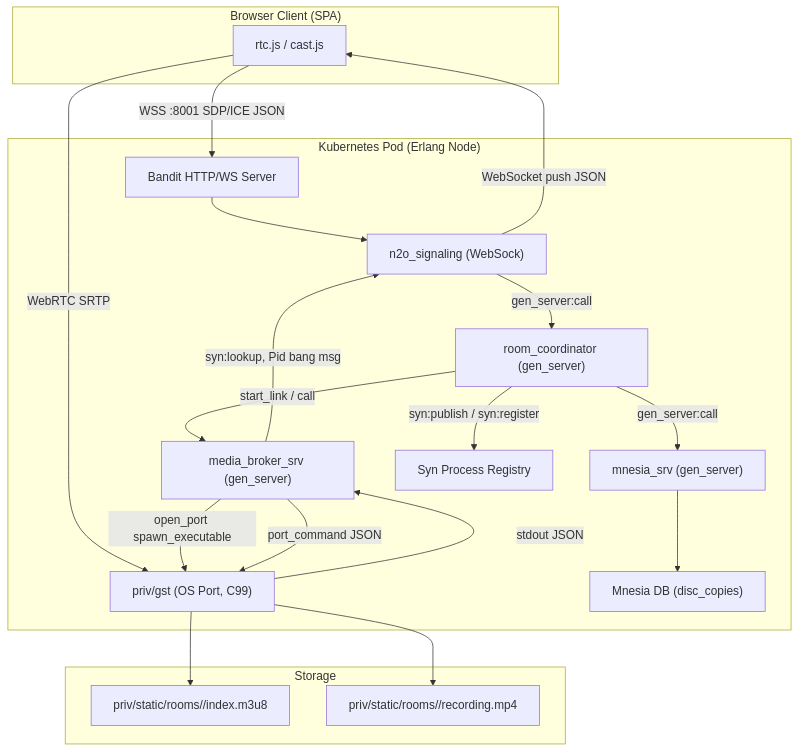
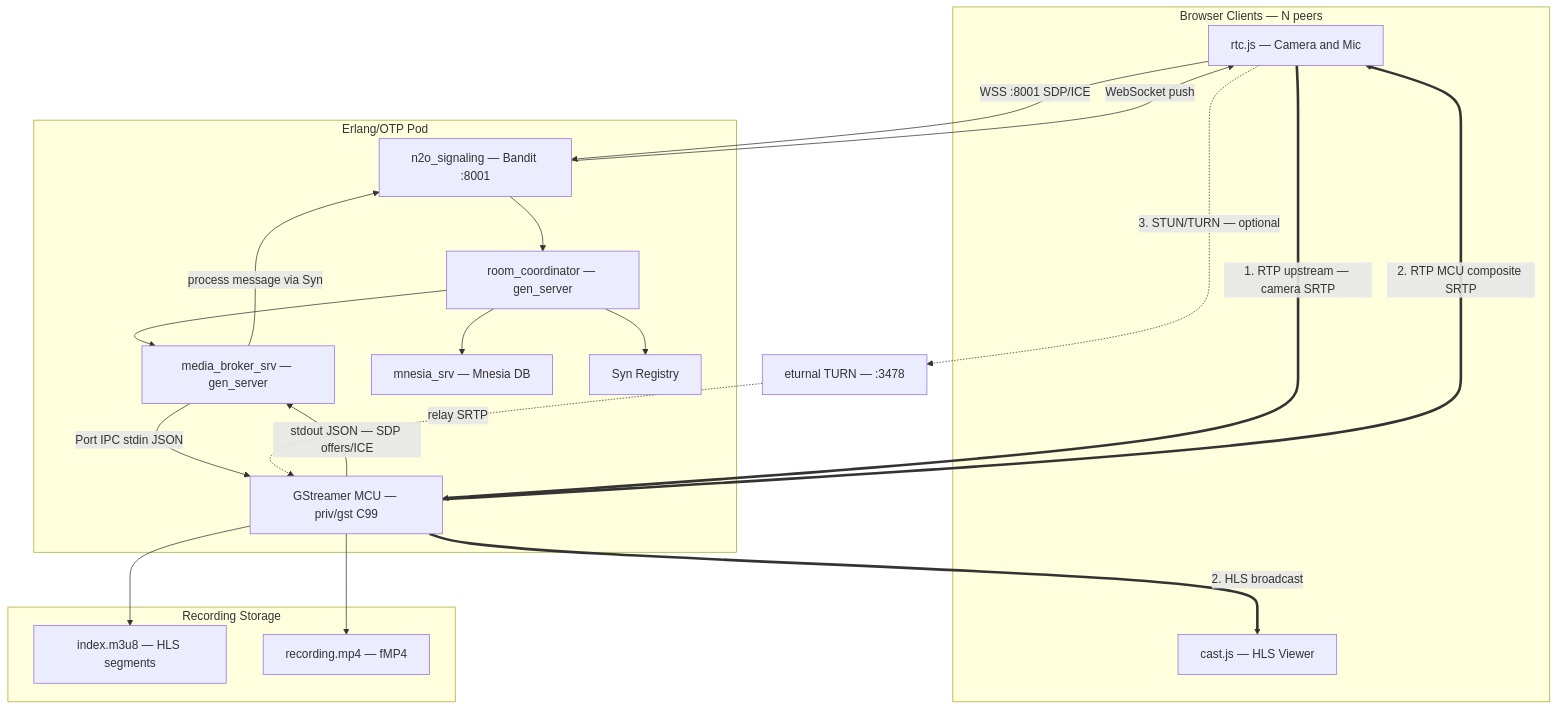
One commit to zencrypted/rtp changed the diagram in README.md. Above: the diagram before and after it, drawn with Mermaid.

Commit message:
proper documenting

````diff
--- a/README.md
+++ b/README.md
@@ -70,38 +70,48 @@
 ```mermaid
 graph TD
-    subgraph "Browser Client (SPA)"
-        JS["rtc.js / cast.js"]
+    subgraph Clients["Browser Clients — N peers"]
+        JS["rtc.js — Camera and Mic"]
+        Cast["cast.js — HLS Viewer"]
     end
 
-    subgraph "Kubernetes Pod (Erlang Node)"
-        Bandit["Bandit HTTP/WS Server"]
-        N2O["n2o_signaling (WebSock)"]
-        Coord["room_coordinator (gen_server)"]
-        Broker["media_broker_srv (gen_server)"]
-        MnesiaS["mnesia_srv (gen_server)"]
-        Syn["Syn Process Registry"]
-        GST["priv/gst (OS Port, C99)"]
-        Mnesia["Mnesia DB (disc_copies)"]
+    subgraph Pod["Erlang/OTP Pod"]
+        WS["n2o_signaling — Bandit :8001"]
+        Coord["room_coordinator — gen_server"]
+        Broker["media_broker_srv — gen_server"]
+        GST["GStreamer MCU — priv/gst C99"]
+        DB["mnesia_srv — Mnesia DB"]
+        Syn["Syn Registry"]
     end
 
-    subgraph "Storage"
-        HLS["priv/static/rooms/<id>/index.m3u8"]
-        MP4["priv/static/rooms/<id>/recording.mp4"]
+    TURN["eturnal TURN — :3478"]
+
+    subgraph Store["Recording Storage"]
+        HLS["index.m3u8 — HLS segments"]
+        MP4["recording.mp4 — fMP4"]
     end
 
-    JS -->|WSS :8001 SDP/ICE JSON| Bandit
-    JS -->|WebRTC SRTP| GST
-    Bandit --> N2O
-    N2O -->|gen_server:call| Coord
-    Coord -->|start_link / call| Broker
-    Broker -->|open_port spawn_executable| GST
-    Broker -->|port_command JSON| GST
-    GST -->|stdout JSON| Broker
-    Broker -->|syn:lookup, Pid bang msg| N2O
-    N2O -->|WebSocket push JSON| JS
-    Coord -->|gen_server:call| MnesiaS
-    MnesiaS --> Mnesia
-    Coord -->|syn:publish / syn:register| Syn
+    %% ── Signaling (thin) ──────────────────────────────────
+    JS  -->|"WSS :8001 SDP/ICE"| WS
+    WS  --> Coord --> Broker
+    Broker -->|"Port IPC stdin JSON"| GST
+    GST -->|"stdout JSON — SDP offers/ICE"| Broker
+    Broker -->|"process message via Syn"| WS
+    WS  -->|"WebSocket push"| JS
+    Coord --> DB
+    Coord --> Syn
+
+    %% ── 1. RTP upstream — camera to MCU (thick) ──────────
+    JS  ==>|"1. RTP upstream — camera SRTP"| GST
+
+    %% ── 2. RTP downstream — MCU composite (thick) ────────
+    GST ==>|"2. RTP MCU composite SRTP"| JS
+    GST ==>|"2. HLS broadcast"| Cast
+
+    %% ── 3. TURN relay — optional (dashed) ────────────────
+    JS  -. "3. STUN/TURN — optional" .-> TURN
+    TURN -. "relay SRTP" .-> GST
+
+    %% ── Recording ─────────────────────────────────────────
     GST --> HLS
     GST --> MP4
 ```
````
